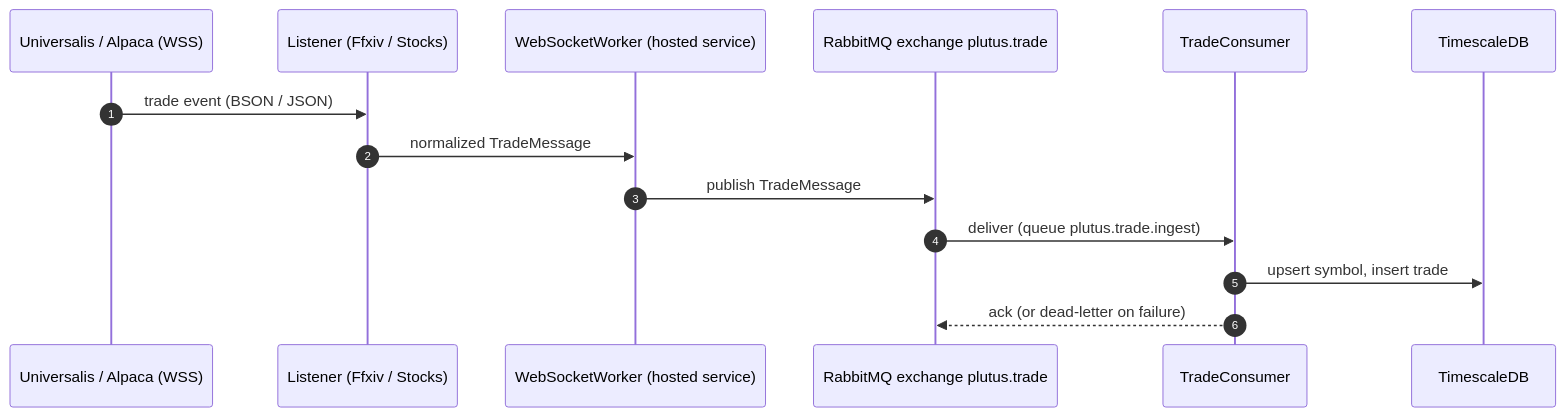
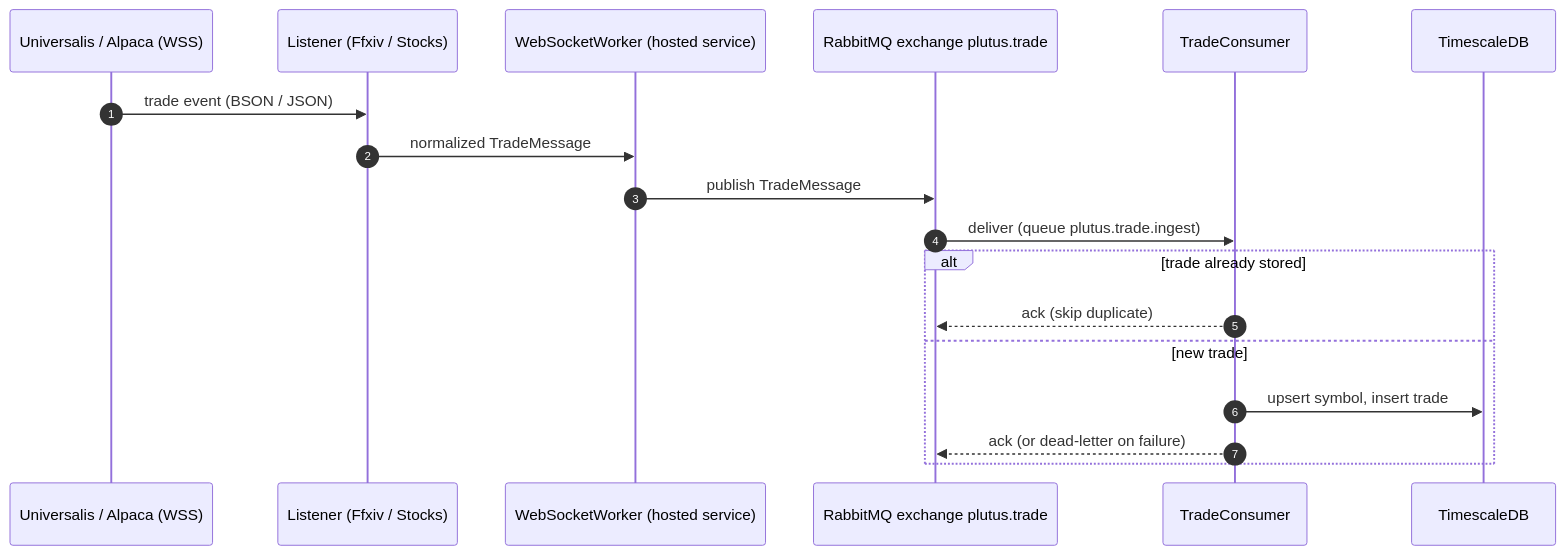
The second of 6 diagrams in docs/architecture/06-runtime-view.md (davwales/ouranos-pantheon), drawn with Mermaid before and after one commit. The commit also changed other lines of this file and 20 other files, not shown here.

````diff
--- a/docs/architecture/06-runtime-view.md
+++ b/docs/architecture/06-runtime-view.md
@@ -50,17 +51,21 @@
 ```mermaid
 sequenceDiagram
     autonumber
     participant U as Universalis / Alpaca (WSS)
     participant L as Listener (Ffxiv / Stocks)
     participant W as WebSocketWorker (hosted service)
     participant X as RabbitMQ exchange plutus.trade
     participant C as TradeConsumer
     participant DB as TimescaleDB
 
     U ->> L: trade event (BSON / JSON)
     L ->> W: normalized TradeMessage
     W ->> X: publish TradeMessage
     X ->> C: deliver (queue plutus.trade.ingest)
-    C ->> DB: upsert symbol, insert trade
-    C -->> X: ack (or dead-letter on failure)
+    alt trade already stored
+        C -->> X: ack (skip duplicate)
+    else new trade
+        C ->> DB: upsert symbol, insert trade
+        C -->> X: ack (or dead-letter on failure)
+    end
 ```
````
